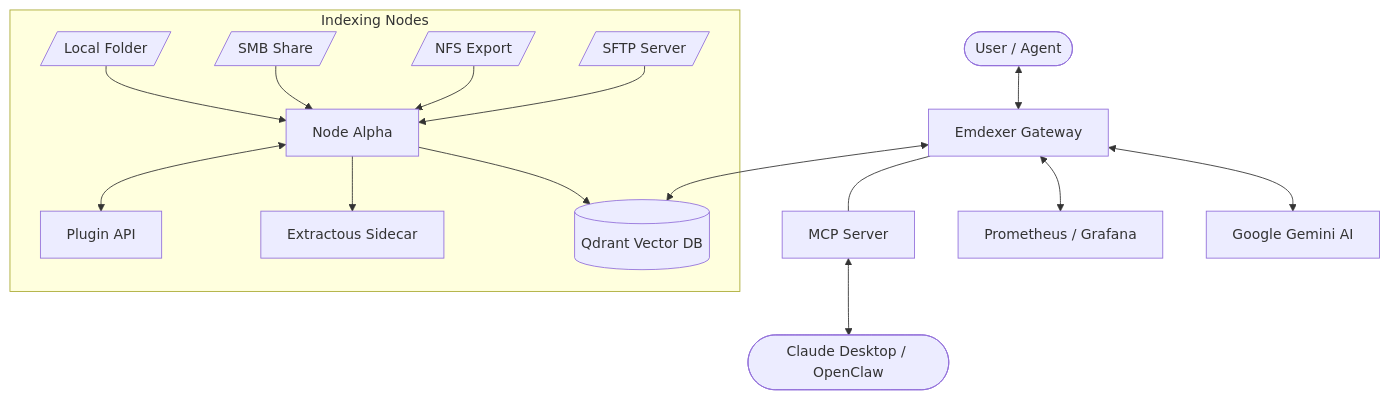
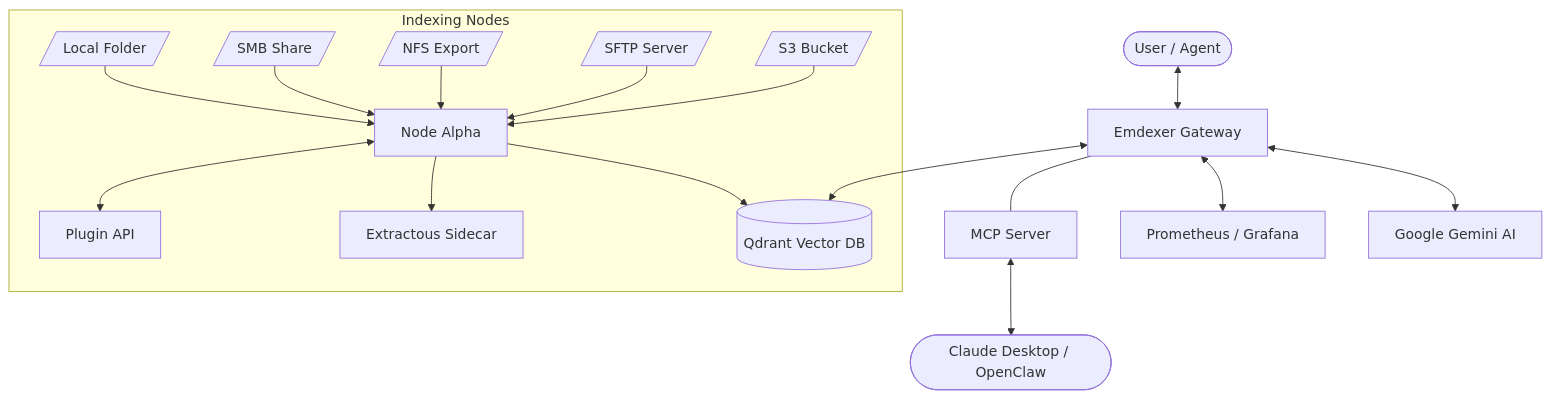
The diagram in README.md (piotrlaczykowski/emdexer), drawn with Mermaid before and after one commit. The commit also changed other lines of this file and 7 other files, not shown here.

````diff
--- a/README.md
+++ b/README.md
@@ -47,21 +47,22 @@
 ```mermaid
 graph TD
     User([User / Agent]) <--> Gateway[Emdexer Gateway]
     Gateway <--> Qdrant[(Qdrant Vector DB)]
     Gateway <--> Gemini[Google Gemini AI]
     Gateway <--> Metrics[Prometheus / Grafana]
     
     subgraph "Indexing Nodes"
         NodeA[Node Alpha] --> Qdrant
         NodeA --> ExtractousA[Extractous Sidecar]
         NodeA <--> Plugins[Plugin API]
         
         Local[/Local Folder/] --> NodeA
         SMB[/SMB Share/] --> NodeA
         NFS[/NFS Export/] --> NodeA
         SFTP[/SFTP Server/] --> NodeA
+        S3[/S3 Bucket/] --> NodeA
     end
     
     Gateway --- MCP[MCP Server]
     MCP <--> Claude([Claude Desktop / OpenClaw])
 ```
````
